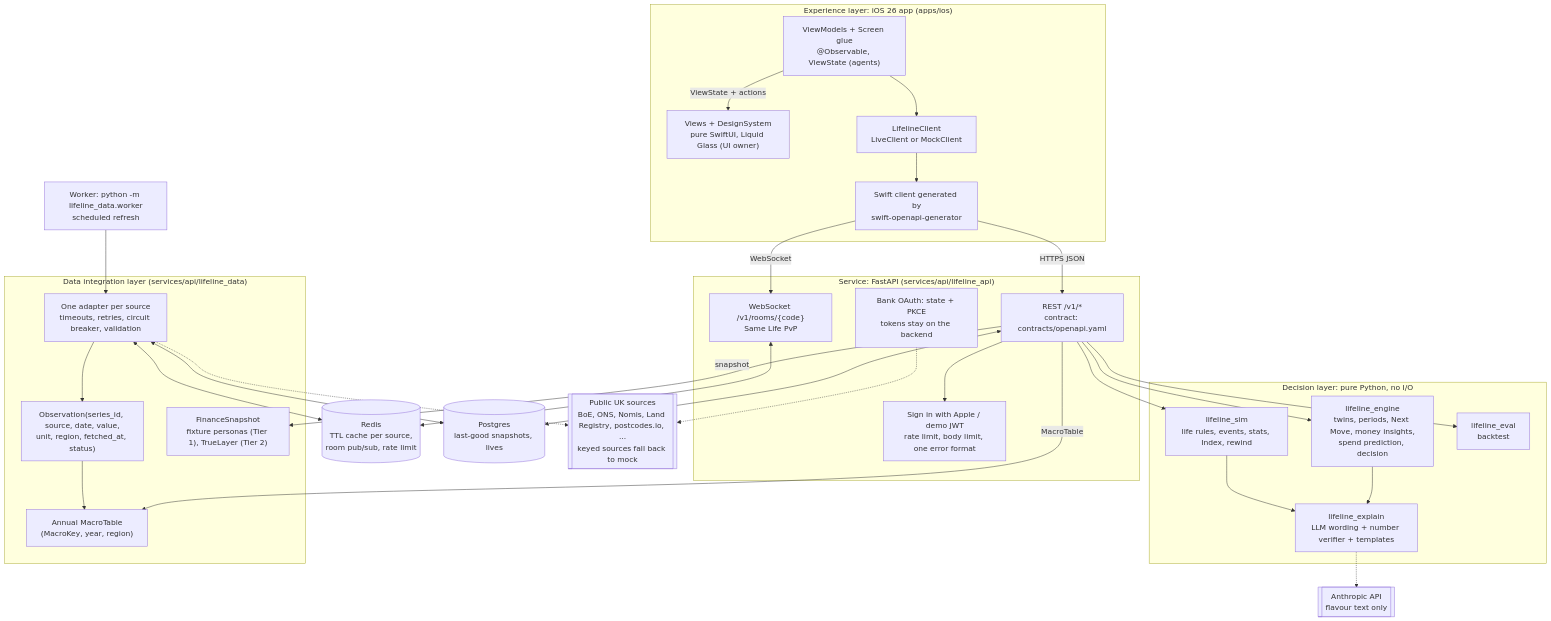
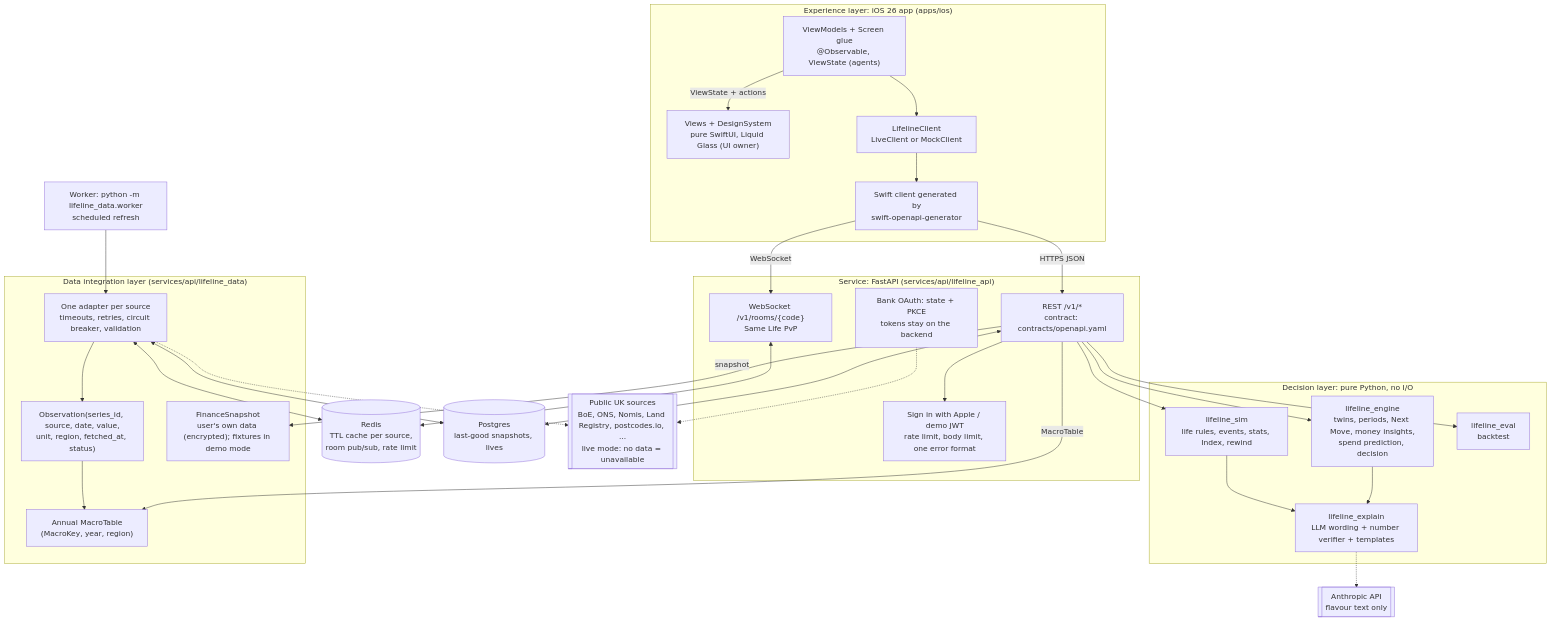
The first of 2 diagrams in docs/architecture.md (expires/guts-hackathon-2026), drawn with Mermaid before and after one commit. The commit also changed other lines of this file and 4 other files, not shown here.

````diff
--- a/docs/architecture.md
+++ b/docs/architecture.md
@@ -7,56 +7,56 @@
 ```mermaid
 flowchart TB
   subgraph EXP["Experience layer: iOS 26 app (apps/ios)"]
     VIEWS["Views + DesignSystem<br/>pure SwiftUI, Liquid Glass (UI owner)"]
     VM["ViewModels + Screen glue<br/>@Observable, ViewState (agents)"]
     LC["LifelineClient<br/>LiveClient or MockClient"]
     CLIENT["Swift client generated by<br/>swift-openapi-generator"]
     VM -- "ViewState + actions" --> VIEWS
     VM --> LC --> CLIENT
   end
 
   subgraph SVC["Service: FastAPI (services/api/lifeline_api)"]
     REST["REST /v1/*<br/>contract: contracts/openapi.yaml"]
     WS["WebSocket /v1/rooms/{code}<br/>Same Life PvP"]
     AUTH["Sign in with Apple / demo JWT<br/>rate limit, body limit, one error format"]
     BANK["Bank OAuth: state + PKCE<br/>tokens stay on the backend"]
   end
 
   subgraph DEC["Decision layer: pure Python, no I/O"]
     SIM["lifeline_sim<br/>life rules, events, stats, Index, rewind"]
     ENG["lifeline_engine<br/>twins, periods, Next Move, money insights,<br/>spend prediction, decision"]
     EVAL["lifeline_eval<br/>backtest"]
     EXPL["lifeline_explain<br/>LLM wording + number verifier + templates"]
   end
 
   subgraph DATA["Data integration layer (services/api/lifeline_data)"]
     ADP["One adapter per source<br/>timeouts, retries, circuit breaker, validation"]
     OBS["Observation(series_id, source, date, value,<br/>unit, region, fetched_at, status)"]
     MACRO["Annual MacroTable<br/>(MacroKey, year, region)"]
-    FIN["FinanceSnapshot<br/>fixture personas (Tier 1), TrueLayer (Tier 2)"]
+    FIN["FinanceSnapshot<br/>user's own data (encrypted); fixtures in demo mode"]
     ADP --> OBS --> MACRO
   end
 
   WORKER["Worker: python -m lifeline_data.worker<br/>scheduled refresh"]
   REDIS[("Redis<br/>TTL cache per source,<br/>room pub/sub, rate limit")]
   PG[("Postgres<br/>last-good snapshots, lives")]
-  EXT[["Public UK sources<br/>BoE, ONS, Nomis, Land Registry, postcodes.io, ...<br/>keyed sources fall back to mock"]]
+  EXT[["Public UK sources<br/>BoE, ONS, Nomis, Land Registry, postcodes.io, ...<br/>live mode: no data = unavailable"]]
   LLM[["Anthropic API<br/>flavour text only"]]
 
   CLIENT -- "HTTPS JSON" --> REST
   CLIENT -- "WebSocket" --> WS
   REST --> AUTH
   REST --> SIM & ENG & EVAL
   SIM --> EXPL
   ENG --> EXPL
   EXPL -.-> LLM
   REST -- "MacroTable" --> MACRO
   REST -- "snapshot" --> FIN
   WS <--> REDIS
   REST <--> PG
   ADP <--> REDIS
   ADP <--> PG
   ADP -.-> EXT
   WORKER --> ADP
   BANK -.-> EXT
 ```
````
